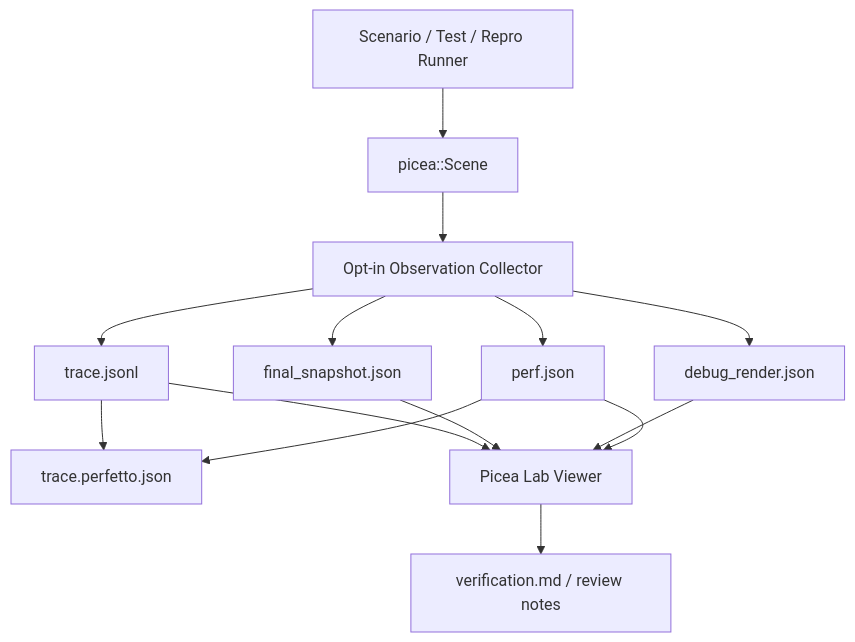
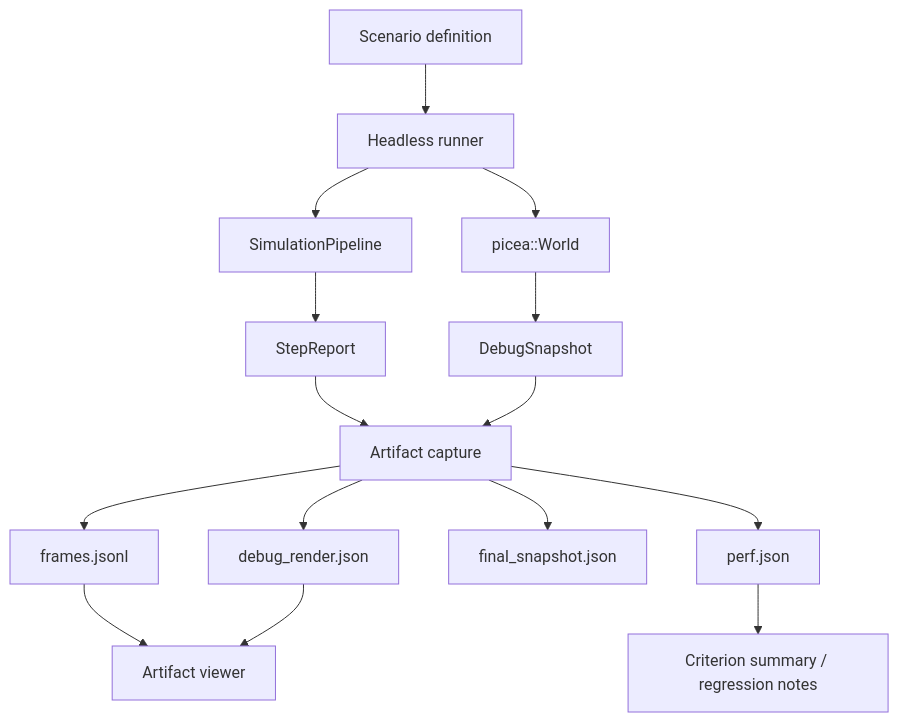
The diagram in docs/design/picea-lab-observability-architecture.md (swnb/picea), drawn with Mermaid before and after one commit. The commit also changed other lines of this file and 21 other files, not shown here.

````diff
--- a/docs/design/picea-lab-observability-architecture.md
+++ b/docs/design/picea-lab-observability-architecture.md
@@ -129,16 +124,17 @@
 ```mermaid
 flowchart TD
-    Scenario["Scenario / Test / Repro Runner"] --> Scene["picea::Scene"]
-    Scene --> Collector["Opt-in Observation Collector"]
-    Collector --> Trace["trace.jsonl"]
-    Collector --> Snapshot["final_snapshot.json"]
-    Collector --> Render["debug_render.json"]
-    Collector --> Perf["perf.json"]
-    Trace --> TimelineExport["trace.perfetto.json"]
-    Perf --> TimelineExport
-    Trace --> Lab["Picea Lab Viewer"]
-    Snapshot --> Lab
-    Render --> Lab
-    Perf --> Lab
-    Lab --> Review["verification.md / review notes"]
+    Scenario["Scenario definition"] --> Runner["Headless runner"]
+    Runner --> World["picea::World"]
+    Runner --> Pipeline["SimulationPipeline"]
+    Pipeline --> Report["StepReport"]
+    World --> Snapshot["DebugSnapshot"]
+    Report --> Capture["Artifact capture"]
+    Snapshot --> Capture
+    Capture --> Frames["frames.jsonl"]
+    Capture --> Render["debug_render.json"]
+    Capture --> Final["final_snapshot.json"]
+    Capture --> Perf["perf.json"]
+    Frames --> Viewer["Artifact viewer"]
+    Render --> Viewer
+    Perf --> Bench["Criterion summary / regression notes"]
 ```
````
